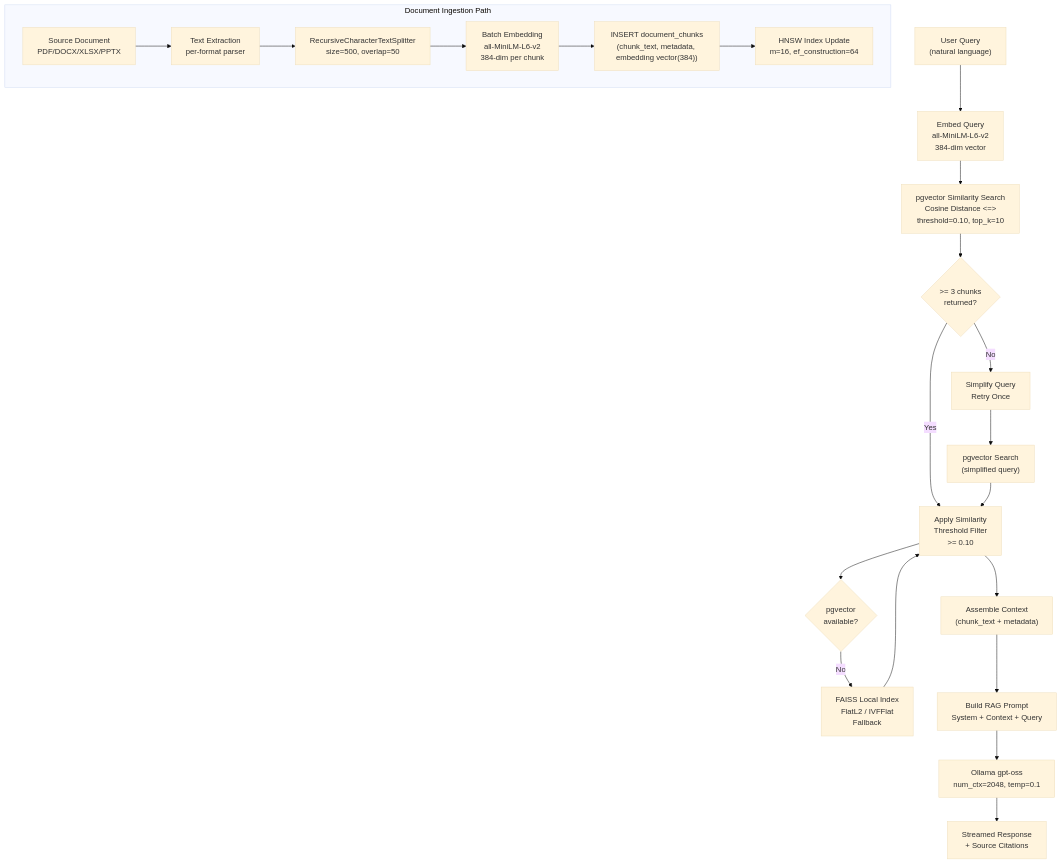
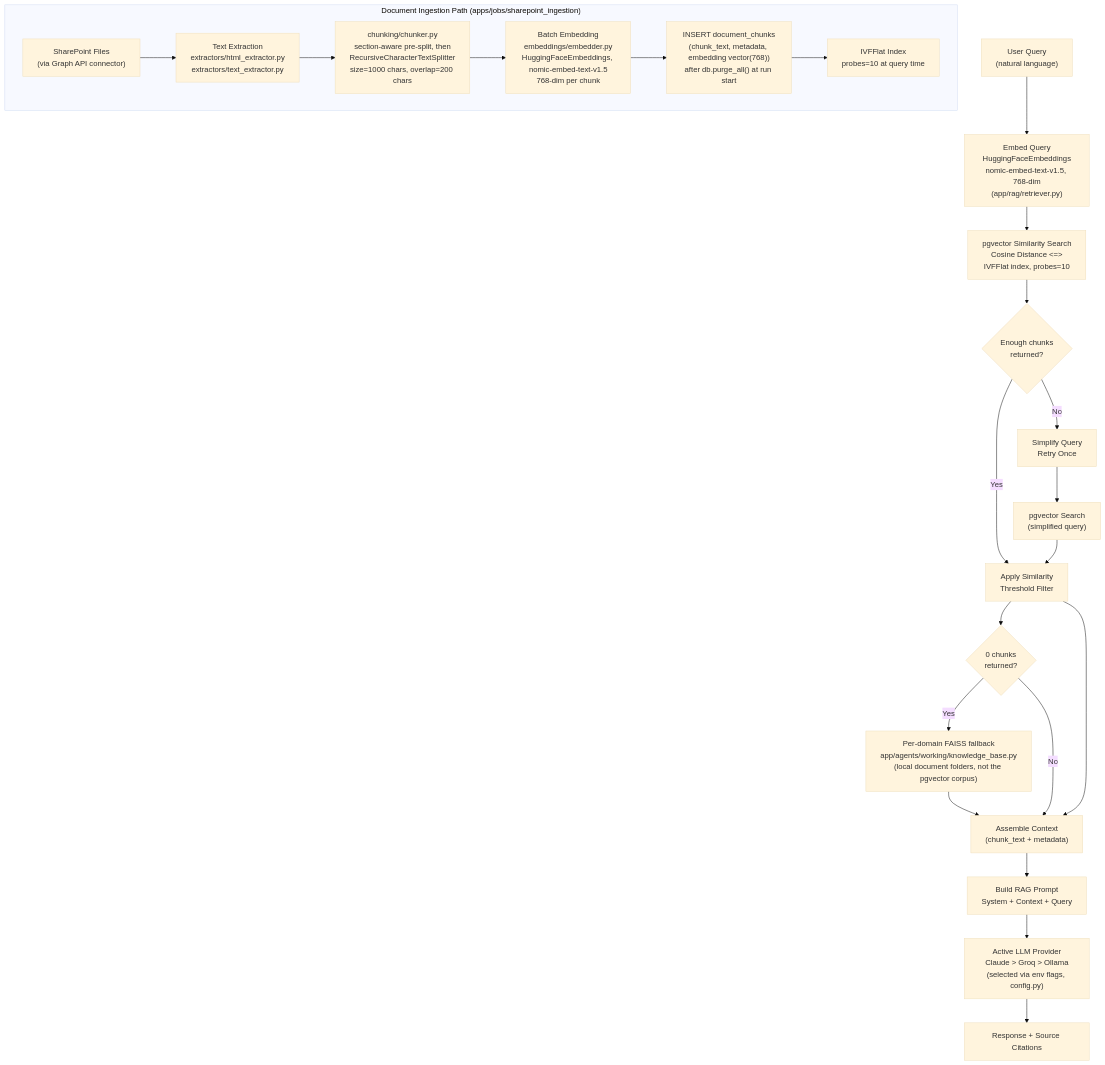
Before and after one commit to pdikondaaa/aa-hackathon: the diagram in knowledge-specs/docs/07-technical/vector-standards.md, drawn with Mermaid (base theme). The commit also changed other lines of this file and 71 other files, not shown here.

````diff
--- a/knowledge-specs/docs/07-technical/vector-standards.md
+++ b/knowledge-specs/docs/07-technical/vector-standards.md
@@ -19,25 +19,26 @@
 ```mermaid
 flowchart TD
-    Query["User Query\n(natural language)"] --> Embed["Embed Query\nall-MiniLM-L6-v2\n384-dim vector"]
-    Embed --> PGSearch["pgvector Similarity Search\nCosine Distance <=>\nthreshold=0.10, top_k=10"]
-    PGSearch --> Check{">= 3 chunks\nreturned?"}
-    Check -- Yes --> Rerank["Apply Similarity\nThreshold Filter\n>= 0.10"]
+    Query["User Query\n(natural language)"] --> Embed["Embed Query\nHuggingFaceEmbeddings\nnomic-embed-text-v1.5, 768-dim\n(app/rag/retriever.py)"]
+    Embed --> PGSearch["pgvector Similarity Search\nCosine Distance <=>\nIVFFlat index, probes=10"]
+    PGSearch --> Check{"Enough chunks\nreturned?"}
+    Check -- Yes --> Rerank["Apply Similarity\nThreshold Filter"]
     Check -- No --> Retry["Simplify Query\nRetry Once"]
     Retry --> PGSearch2["pgvector Search\n(simplified query)"]
     PGSearch2 --> Rerank
-    Rerank --> FAISS{pgvector\navailable?}
-    FAISS -- No --> FAISSSearch["FAISS Local Index\nFlatL2 / IVFFlat\nFallback"]
-    FAISSSearch --> Rerank
+    Rerank --> ZeroCheck{"0 chunks\nreturned?"}
+    ZeroCheck -- Yes --> FAISSSearch["Per-domain FAISS fallback\napp/agents/working/knowledge_base.py\n(local document folders, not the pgvector corpus)"]
+    FAISSSearch --> Context
+    ZeroCheck -- No --> Context
     Rerank --> Context["Assemble Context\n(chunk_text + metadata)"]
     Context --> Prompt["Build RAG Prompt\nSystem + Context + Query"]
-    Prompt --> LLM["Ollama gpt-oss\nnum_ctx=2048, temp=0.1"]
-    LLM --> Response["Streamed Response\n+ Source Citations"]
+    Prompt --> LLM["Active LLM Provider\nClaude > Groq > Ollama\n(selected via env flags, config.py)"]
+    LLM --> Response["Response + Source Citations"]
 
-    subgraph Ingestion["Document Ingestion Path"]
-        Doc["Source Document\nPDF/DOCX/XLSX/PPTX"] --> Extract["Text Extraction\nper-format parser"]
-        Extract --> Chunk["RecursiveCharacterTextSplitter\nsize=500, overlap=50"]
-        Chunk --> BatchEmbed["Batch Embedding\nall-MiniLM-L6-v2\n384-dim per chunk"]
-        BatchEmbed --> Store["INSERT document_chunks\n(chunk_text, metadata, embedding vector(384))"]
-        Store --> HNSW["HNSW Index Update\nm=16, ef_construction=64"]
+    subgraph Ingestion["Document Ingestion Path (apps/jobs/sharepoint_ingestion)"]
+        Doc["SharePoint Files\n(via Graph API connector)"] --> Extract["Text Extraction\nextractors/html_extractor.py\nextractors/text_extractor.py"]
+        Extract --> Chunk["chunking/chunker.py\nsection-aware pre-split, then\nRecursiveCharacterTextSplitter\nsize=1000 chars, overlap=200 chars"]
+        Chunk --> BatchEmbed["Batch Embedding\nembeddings/embedder.py\nHuggingFaceEmbeddings, nomic-embed-text-v1.5\n768-dim per chunk"]
+        BatchEmbed --> Store["INSERT document_chunks\n(chunk_text, metadata, embedding vector(768))\nafter db.purge_all() at run start"]
+        Store --> IVFFlatIdx["IVFFlat Index\nprobes=10 at query time"]
     end
 ```
````
